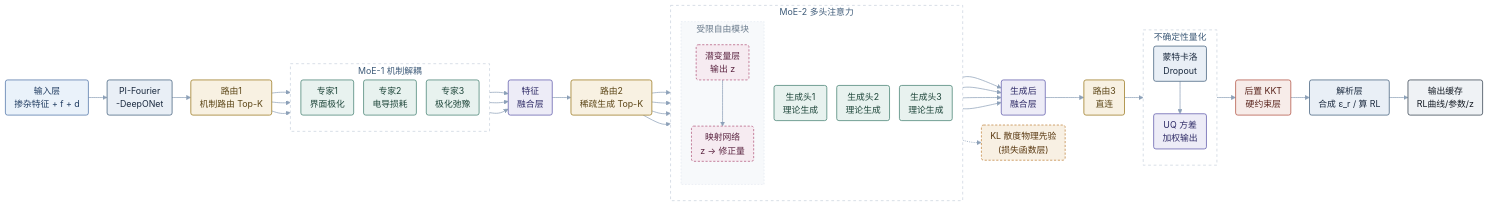
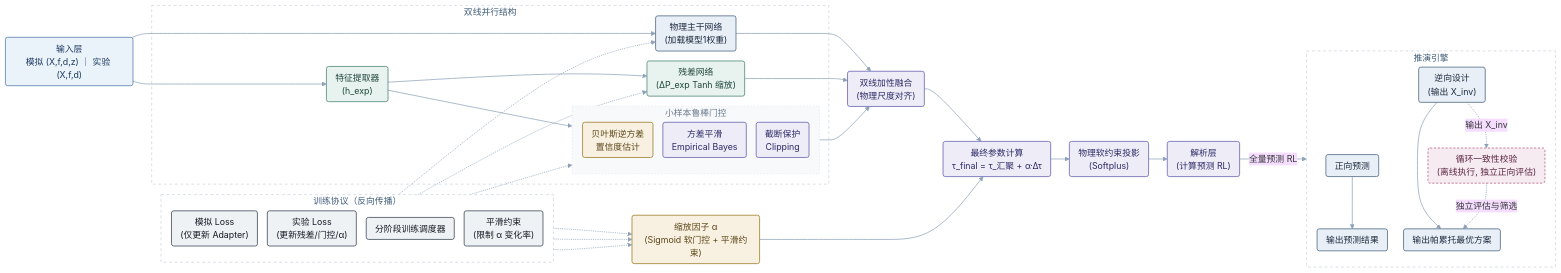
One commit to JasminePhy/iodraw-files changed the diagram in all/未命名.md. Above: the diagram before and after it, drawn with Mermaid.

Commit message:
2026-10-12 22:34:39 update

````diff
--- a/all/未命名.md
+++ b/all/未命名.md
@@ -1,96 +1,95 @@
 ```mermaid
 %%{init: {"theme":"base","flowchart":{"nodeSpacing":18,"rankSpacing":34,"padding":8,"curve":"basis","htmlLabels":true}} }%%
-%% Advanced Science 风格 · 单行横向紧凑版（架构/连线与原版完全一致，仅改排版与配色）
+%% Advanced Science 风格 · 单行横向紧凑版（架构/连线与原图一致，仅改排版与配色）
+%% 配色与图一保持同一套色系，保证双图并列时观感统一
 flowchart LR
 
-    %% ===== 配色：冷色骨架承担数据通路，暖金标记路由决策 =====
+    %% ===== 配色：冷色骨架承担数据通路，暖金标记门控/路由，青绿标记实验支线 =====
     classDef inputBox  fill:#EAF2FA,stroke:#4A6FA5,stroke-width:1.3px,color:#1E3A5F,rx:4px,ry:4px;
     classDef modelBox  fill:#E9EFF6,stroke:#3D5A78,stroke-width:1.3px,color:#1B2A3F,rx:4px,ry:4px;
     classDef routerBox fill:#F8F1E2,stroke:#A98B3E,stroke-width:1.6px,color:#5C4617,rx:4px,ry:4px;
-    classDef expertBox fill:#E8F2EF,stroke:#3F7D6E,stroke-width:1.3px,color:#1E463A,rx:4px,ry:4px;
-    classDef fusionBox fill:#EDECF7,stroke:#5A56A8,stroke-width:1.3px,color:#2E2A66,rx:4px,ry:4px;
-    classDef latentBox fill:#F6EBF1,stroke:#B2567B,stroke-width:1.3px,color:#5B2440,rx:4px,ry:4px,stroke-dasharray:4 3;
-    classDef hardBox   fill:#F7ECE9,stroke:#AE4B3C,stroke-width:1.3px,color:#5A241C,rx:4px,ry:4px;
-    classDef outputBox fill:#EFF2F5,stroke:#2E3A48,stroke-width:1.3px,color:#141B24,rx:4px,ry:4px;
-    classDef lossBox   fill:#F8F0E3,stroke:#BF823A,stroke-width:1.3px,color:#593810,rx:4px,ry:4px,stroke-dasharray:4 3;
+    classDef expBox    fill:#E8F2EF,stroke:#3F7D6E,stroke-width:1.3px,color:#1E463A,rx:4px,ry:4px;
+    classDef mathBox   fill:#EDECF7,stroke:#5A56A8,stroke-width:1.3px,color:#2E2A66,rx:4px,ry:4px;
+    classDef trainBox  fill:#EFF2F5,stroke:#2E3A48,stroke-width:1.3px,color:#141B24,rx:4px,ry:4px;
+    classDef validBox  fill:#F6EBF1,stroke:#B2567B,stroke-width:1.3px,color:#5B2440,rx:4px,ry:4px,stroke-dasharray:4 3;
 
-    %% ===== 主流程（横向单排，子图内纵向堆叠以压缩宽度） =====
-    Input["输入层<br/>掺杂特征 + f + d"]:::inputBox
-    Fourier["PI-Fourier<br/>-DeepONet"]:::modelBox
-    Router1["路由1<br/>机制路由 Top-K"]:::routerBox
+    %% ===== 顶部输入 =====
+    Input["输入层<br/>模拟 (X,f,d,z) ｜ 实验 (X,f,d)"]:::inputBox
 
-    subgraph MoE1 ["MoE-1 机制解耦"]
-        direction TB
-        Expert1["专家1<br/>界面极化"]:::expertBox
-        Expert2["专家2<br/>电导损耗"]:::expertBox
-        Expert3["专家3<br/>极化弛豫"]:::expertBox
-    end
+    %% ===== 双线并行结构（并行支线横向并排，门控内部竖排收窄） =====
+    subgraph 双线并行结构 ["双线并行结构"]
+        SimTrunk["物理主干网络<br/>(加载模型1权重)"]:::modelBox
+        ExpFeature["特征提取器<br/>(h_exp)"]:::expBox
+        ExpRes["残差网络<br/>(ΔP_exp Tanh 缩放)"]:::expBox
 
-    Fusion1["特征<br/>融合层"]:::fusionBox
-    Router2["路由2<br/>稀疏生成 Top-K"]:::routerBox
-
-    subgraph MoE2 ["MoE-2 多头注意力"]
-        direction TB
-        Gen1["生成头1<br/>理论生成"]:::expertBox
-        Gen2["生成头2<br/>理论生成"]:::expertBox
-        Gen3["生成头3<br/>理论生成"]:::expertBox
-        subgraph FreeBlock ["受限自由模块"]
+        subgraph 门控模块 ["小样本鲁棒门控"]
             direction TB
-            Latent["潜变量层<br/>输出 z"]:::latentBox
-            MapNet["映射网络<br/>z → 修正量"]:::latentBox
+            BayesianGate["贝叶斯逆方差<br/>置信度估计"]:::routerBox
+            Smoothing["方差平滑<br/>Empirical Bayes"]:::mathBox
+            Clipping["截断保护<br/>Clipping"]:::mathBox
         end
     end
 
-    Fusion2["生成后<br/>融合层"]:::fusionBox
-    Router3["路由3<br/>直连"]:::routerBox
+    %% ===== 核心运算与约束 =====
+    AddParams["双线加性融合<br/>(物理尺度对齐)"]:::mathBox
+    Alpha["缩放因子 α<br/>(Sigmoid 软门控 + 平滑约束)"]:::routerBox
+    FinalAdd["最终参数计算<br/>τ_final = τ_汇聚 + α·Δτ"]:::mathBox
+    SoftPhysProj["物理软约束投影<br/>(Softplus)"]:::mathBox
+    Analytic["解析层<br/>(计算预测 RL)"]:::mathBox
 
-    subgraph UQ ["不确定性量化"]
+    %% ===== 推演引擎（内部竖排，避免横向再拉长） =====
+    subgraph 推演引擎 ["推演引擎"]
         direction TB
-        MCDropout["蒙特卡洛<br/>Dropout"]:::modelBox
-        WeightUQ["UQ 方差<br/>加权输出"]:::fusionBox
+        Forward["正向预测"]:::modelBox
+        Out1["输出预测结果"]:::modelBox
+        Inverse["逆向设计<br/>(输出 X_inv)"]:::modelBox
+        LoopCheck["循环一致性校验<br/>(离线执行, 独立正向评估)"]:::validBox
+        Out2["输出帕累托最优方案"]:::modelBox
     end
 
-    PostHard["后置 KKT<br/>硬约束层"]:::hardBox
-    Analytic["解析层<br/>合成 ε_r / 算 RL"]:::modelBox
-    Output["输出缓存<br/>RL曲线/参数/z"]:::outputBox
-    KL["KL 散度物理先验<br/>(损失函数层)"]:::lossBox
+    %% ===== 训练协议 =====
+    subgraph 训练协议 ["训练协议（反向传播）"]
+        direction TB
+        LossSim["模拟 Loss<br/>(仅更新 Adapter)"]:::trainBox
+        LossExp["实验 Loss<br/>(更新残差/门控/α)"]:::trainBox
+        Scheduler["分阶段训练调度器"]:::trainBox
+        SmoothConstraint["平滑约束<br/>(限制 α 变化率)"]:::trainBox
+    end
 
-    %% ===== 连线逻辑（与原版一致） =====
-    Input --> Fourier --> Router1
-    Router1 --> Expert1
-    Router1 --> Expert2
-    Router1 --> Expert3
+    %% ===== 连线逻辑（与原图一致） =====
+    Input --> SimTrunk
+    Input --> ExpFeature
+    ExpFeature --> ExpRes
+    ExpFeature --> BayesianGate
 
-    Expert1 --> Fusion1
-    Expert2 --> Fusion1
-    Expert3 --> Fusion1
+    SimTrunk --> AddParams
+    ExpRes --> AddParams
+    Clipping --> AddParams
 
-    Fusion1 --> Router2
-    Router2 --> Gen1
-    Router2 --> Gen2
-    Router2 --> Gen3
-    Router2 --> Latent
+    AddParams --> FinalAdd
+    Alpha --> FinalAdd
+    FinalAdd --> SoftPhysProj
+    SoftPhysProj --> Analytic
 
-    Latent --> MapNet
-    Latent -.-> KL
+    Analytic -->|全量预测 RL| Forward
+    Forward --> Out1
+    Inverse --> Out2
+    Inverse -.->|输出 X_inv| LoopCheck
+    LoopCheck -.->|独立评估与筛选| Out2
 
-    Gen1 --> Fusion2
-    Gen2 --> Fusion2
-    Gen3 --> Fusion2
-    MapNet --> Fusion2
-
-    Fusion2 --> Router3
-    Router3 --> MCDropout
-    MCDropout --> WeightUQ
-    WeightUQ --> PostHard
-    PostHard --> Analytic
-    Analytic --> Output
+    %% 训练虚线反馈
+    Scheduler -.-> Alpha
+    SmoothConstraint -.-> Alpha
+    LossSim -.-> SimTrunk
+    LossExp -.-> ExpRes
+    LossExp -.-> Clipping
+    LossExp -.-> Alpha
 
     %% ===== 子图统一收灰，白底细虚线 =====
-    style MoE1 fill:#FFFFFF,stroke:#C4CFDB,stroke-width:1.2px,stroke-dasharray:5 5,color:#3D5A78
-    style MoE2 fill:#FFFFFF,stroke:#C4CFDB,stroke-width:1.2px,stroke-dasharray:5 5,color:#3D5A78
-    style FreeBlock fill:#F7F9FB,stroke:#DFE6EE,stroke-width:1px,stroke-dasharray:3 3,color:#6A7B8C
-    style UQ fill:#FFFFFF,stroke:#C4CFDB,stroke-width:1.2px,stroke-dasharray:5 5,color:#3D5A78
+    style 双线并行结构 fill:#FFFFFF,stroke:#C4CFDB,stroke-width:1.2px,stroke-dasharray:5 5,color:#3D5A78
+    style 门控模块 fill:#F7F9FB,stroke:#DFE6EE,stroke-width:1px,stroke-dasharray:3 3,color:#6A7B8C
+    style 推演引擎 fill:#FFFFFF,stroke:#C4CFDB,stroke-width:1.2px,stroke-dasharray:5 5,color:#3D5A78
+    style 训练协议 fill:#FFFFFF,stroke:#C4CFDB,stroke-width:1.2px,stroke-dasharray:5 5,color:#3D5A78
 
     linkStyle default stroke:#8CA0B8,stroke-width:1.3px,fill:none;
 ```
````
